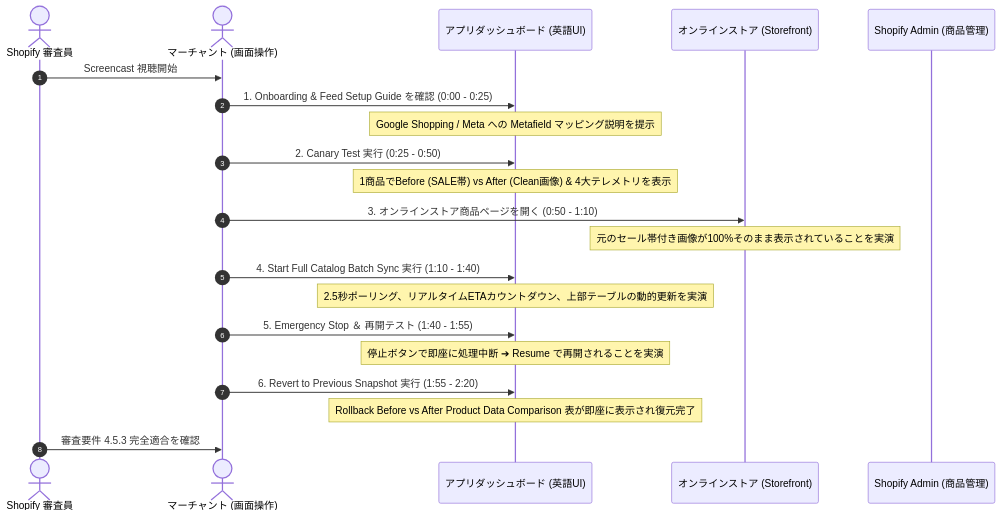
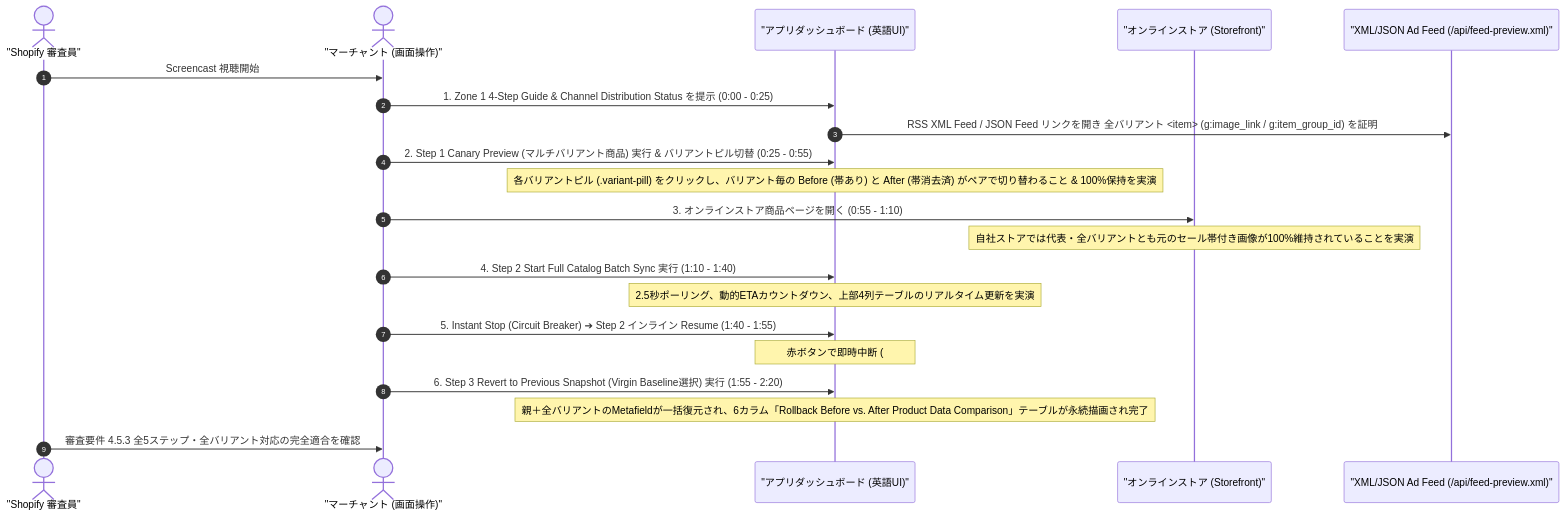
One commit to studionexusops/safemedia-shield changed the second of 2 diagrams in docs/TEST_SPEC_SHOPIFY_INTEGRATION.md. Above: the diagram before and after it, drawn with Mermaid. The commit also changed other lines of this file and 24 other files, not shown here.

Commit message:
feat: add full-variant AI image cleanup, dual-level metafields, and supplemental feed support

````diff
--- a/docs/TEST_SPEC_SHOPIFY_INTEGRATION.md
+++ b/docs/TEST_SPEC_SHOPIFY_INTEGRATION.md
@@ -375,24 +399,24 @@
 ```mermaid
 sequenceDiagram
     autonumber
-    actor Reviewer as Shopify 審査員
-    actor Merchant as マーチャント (画面操作)
-    participant UI as アプリダッシュボード (英語UI)
-    participant SF as オンラインストア (Storefront)
-    participant ShopAdmin as Shopify Admin (商品管理)
+    actor Reviewer as "Shopify 審査員"
+    actor Merchant as "マーチャント (画面操作)"
+    participant UI as "アプリダッシュボード (英語UI)"
+    participant SF as "オンラインストア (Storefront)"
+    participant Feed as "XML/JSON Ad Feed (/api/feed-preview.xml)"
 
     Reviewer->>Merchant: Screencast 視聴開始
-    Merchant->>UI: 1. Onboarding & Feed Setup Guide を確認 (0:00 - 0:25)
-    Note over UI: Google Shopping / Meta への Metafield マッピング説明を提示
-    Merchant->>UI: 2. Canary Test 実行 (0:25 - 0:50)
-    Note over UI: 1商品でBefore (SALE帯) vs After (Clean画像) & 4大テレメトリを表示
-    Merchant->>SF: 3. オンラインストア商品ページを開く (0:50 - 1:10)
-    Note over SF: 元のセール帯付き画像が100%そのまま表示されていることを実演
-    Merchant->>UI: 4. Start Full Catalog Batch Sync 実行 (1:10 - 1:40)
-    Note over UI: 2.5秒ポーリング、リアルタイムETAカウントダウン、上部テーブルの動的更新を実演
-    Merchant->>UI: 5. Emergency Stop ＆ 再開テスト (1:40 - 1:55)
-    Note over UI: 停止ボタンで即座に処理中断 ➔ Resume で再開されることを実演
-    Merchant->>UI: 6. Revert to Previous Snapshot 実行 (1:55 - 2:20)
-    Note over UI: Rollback Before vs After Product Data Comparison 表が即座に表示され復元完了
-    Reviewer->>Merchant: 審査要件 4.5.3 完全適合を確認
+    Merchant->>UI: 1. Zone 1 4-Step Guide & Channel Distribution Status を提示 (0:00 - 0:25)
+    UI->>Feed: RSS XML Feed / JSON Feed リンクを開き 全バリアント <item> (g:image_link / g:item_group_id) を証明
+    Merchant->>UI: 2. Step 1 Canary Preview (マルチバリアント商品) 実行 & バリアントピル切替 (0:25 - 0:55)
+    Note over UI: 各バリアントピル (.variant-pill) をクリックし、バリアント毎の Before (帯あり) と After (帯消去済) がペアで切り替わること & 100%保持を実演
+    Merchant->>SF: 3. オンラインストア商品ページを開く (0:55 - 1:10)
+    Note over SF: 自社ストアでは代表・全バリアントとも元のセール帯付き画像が100%維持されていることを実演
+    Merchant->>UI: 4. Step 2 Start Full Catalog Batch Sync 実行 (1:10 - 1:40)
+    Note over UI: 2.5秒ポーリング、動的ETAカウントダウン、上部4列テーブルのリアルタイム更新を実演
+    Merchant->>UI: 5. Instant Stop (Circuit Breaker) ➔ Step 2 インライン Resume (1:40 - 1:55)
+    Note over UI: 赤ボタンで即時中断 (#step2-action-msg) ➔ その場の Resume ボタンで即座に再開・完走
+    Merchant->>UI: 6. Step 3 Revert to Previous Snapshot (Virgin Baseline選択) 実行 (1:55 - 2:20)
+    Note over UI: 親＋全バリアントのMetafieldが一括復元され、6カラム「Rollback Before vs. After Product Data Comparison」テーブルが永続描画され完了
+    Reviewer->>Merchant: 審査要件 4.5.3 全5ステップ・全バリアント対応の完全適合を確認
 ```
````
